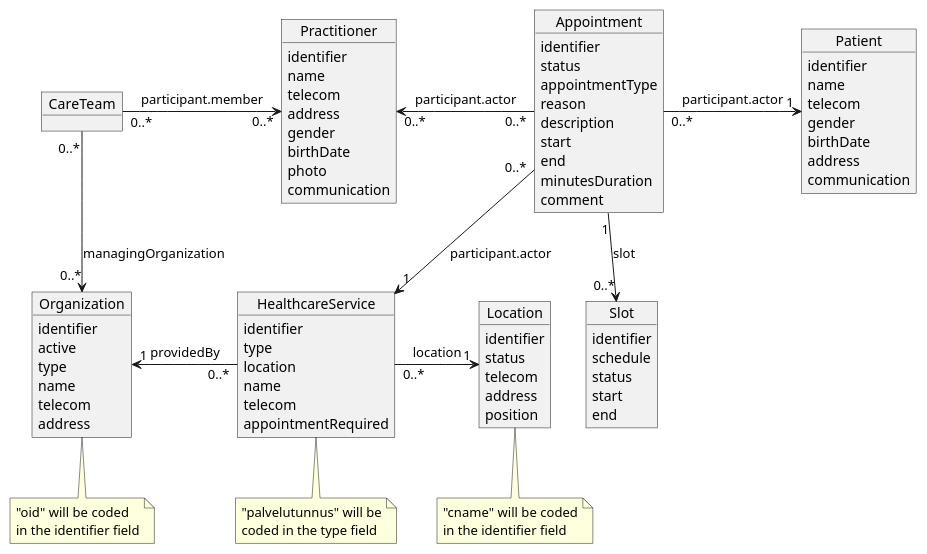
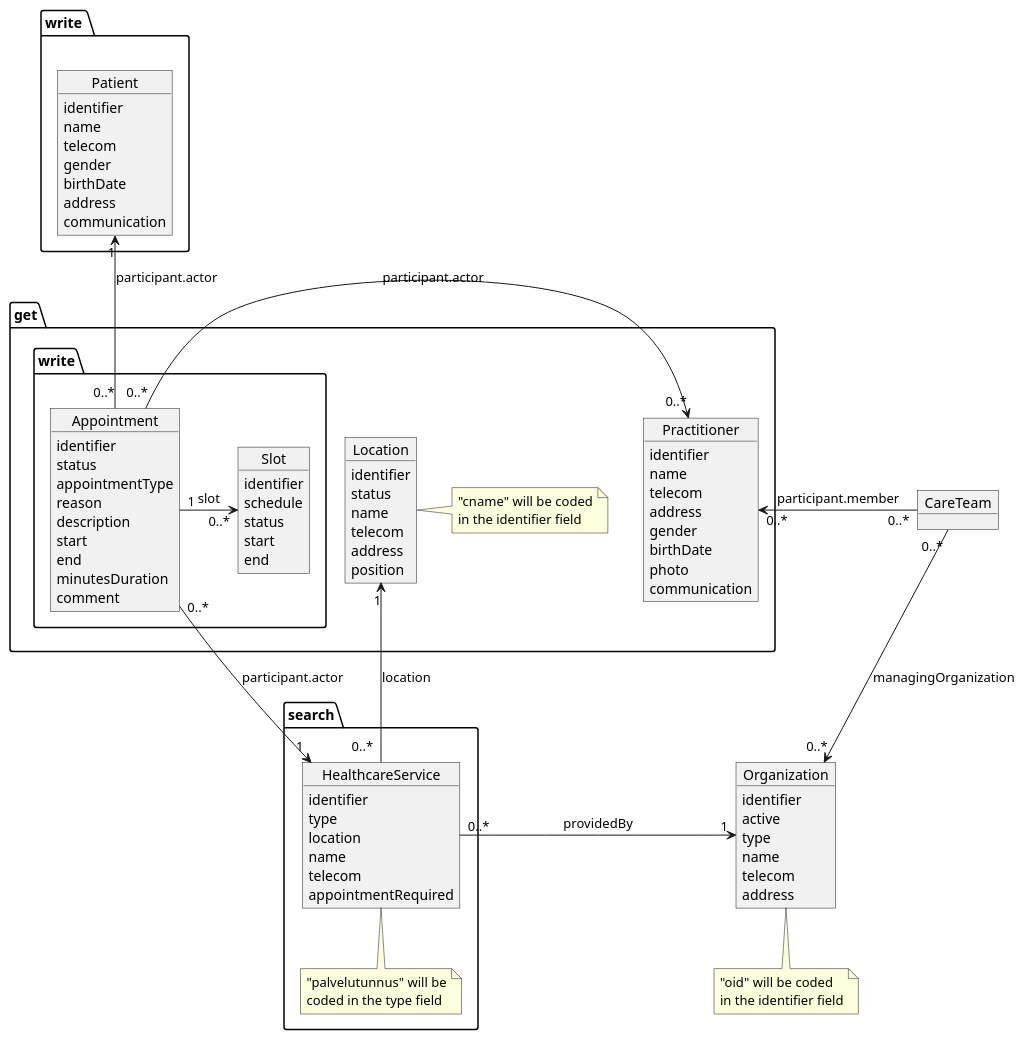
The diagram in ODA_ajanvaraus.plantuml (omahoito/rfc), drawn with PlantUML before and after one commit. The commit also changed 1 other file, not shown here.

Commit message:
Voisiko kuvassa vielä yhdistää write-laatikot?

```diff
--- a/ODA_ajanvaraus.plantuml
+++ b/ODA_ajanvaraus.plantuml
@@ -1,95 +1,107 @@
 @startuml
 
 hide methods
 
-object Appointment {
-  identifier
-  status
-  appointmentType
-  reason
-  ' added description field for a human readable description
-  description
-  start
-  end
-  minutesDuration
-  comment
-}
+package get {
+  package write {
+    object Appointment {
+      identifier
+      status
+      appointmentType
+      reason
+      ' added description field for a human readable description
+      description
+      start
+      end
+      minutesDuration
+      comment
+    }
 
-object Patient {
-  ' added some missing fields that are used in a patient resource
-  identifier
-  name
-  telecom
-  gender
-  birthDate
-  address
-  communication
-}
-
-object Slot {
-  identifier
-  schedule
-  status
-  start
-  end
-}
+    object Slot {
+      identifier
+      schedule
+      status
+      start
+      end
+    }
+  }
 
 object Practitioner {
   identifier
   name
   telecom
   address
   gender
   birthDate  
   photo
   communication
   ' role.organization (ODAOrganization) ... role does not exist in DSTU3 any nmore
   ' role.healthcareService (ODAHealthcareService) ... role does not exist in DSTU3 any nmore
 }
 
-object HealthcareService {
+
+  object Location {
+    identifier
+    status
+    name
+    telecom
+    address
+    position
+  }
+  note right : "cname" will be coded\nin the identifier field
+}
+
+package "write " {
+object Patient {
+  ' added some missing fields that are used in a patient resource
   identifier
-  type
-  location 
   name
   telecom
-  ' characteristic -- dropped this field out at this stage; used eg. to indicate wheel chair access
-  appointmentRequired
+  gender
+  birthDate
+  address
+  communication
 }
-note bottom : "palvelutunnus" will be\ncoded in the type field
+
+}
+
+package search {
+  object HealthcareService {
+    identifier
+    type
+    location 
+    name
+    telecom
+    ' characteristic -- dropped this field out at this stage; used eg. to indicate wheel chair access
+    appointmentRequired
+  }
+  note bottom : "palvelutunnus" will be\ncoded in the type field
+}
 
 object Organization {
   ' added some missing fields that are used in a patient resource
   identifier
   active
   type
   name
   telecom
   address
 }
 note bottom : "oid" will be coded\nin the identifier field
 
-object Location {
-  identifier
-  status
-  telecom
-  address
-  position
-}
-note bottom : "cname" will be coded\nin the identifier field
 
 object CareTeam {
 }
 
 Appointment "0..*" -left-> "0..*" Practitioner :  participant.actor
 Appointment "0..*" -down-> "1" HealthcareService :  participant.actor
-Appointment "0..*" -right-> "1" Patient :  participant.actor
-Appointment "1" -down-> "0..*" Slot :  slot
+Appointment "0..*" -up-> "1" Patient :  participant.actor
+Appointment "1" -right-> "0..*" Slot :  slot
 
-HealthcareService "0..*" -left-> "1" Organization : providedBy
+HealthcareService "0..*" -right-> "1" Organization : providedBy
 HealthcareService "0..*  " -right-> "1" Location : location
 
 CareTeam "0..*" -right-> "0..*" Practitioner : participant.member
 CareTeam "0..*" -down-> "0..*" Organization : managingOrganization
 
 @enduml
```
